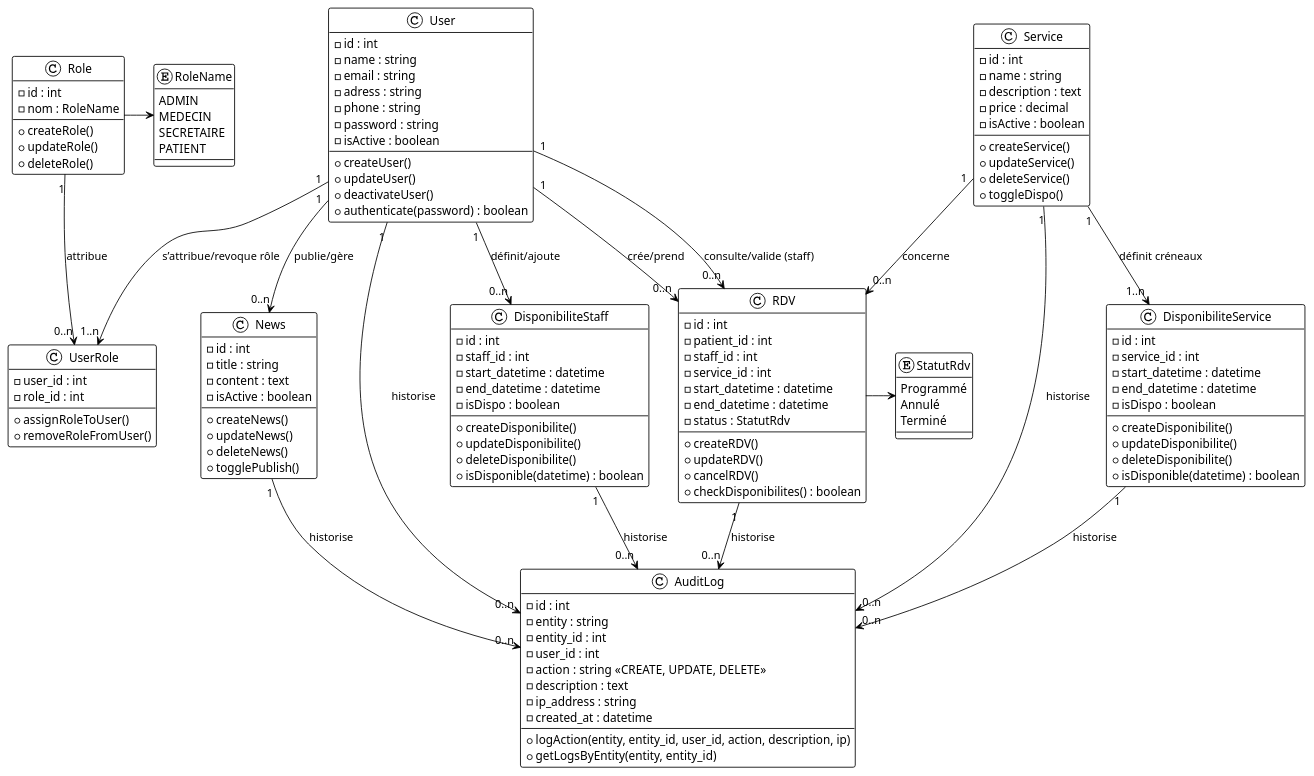
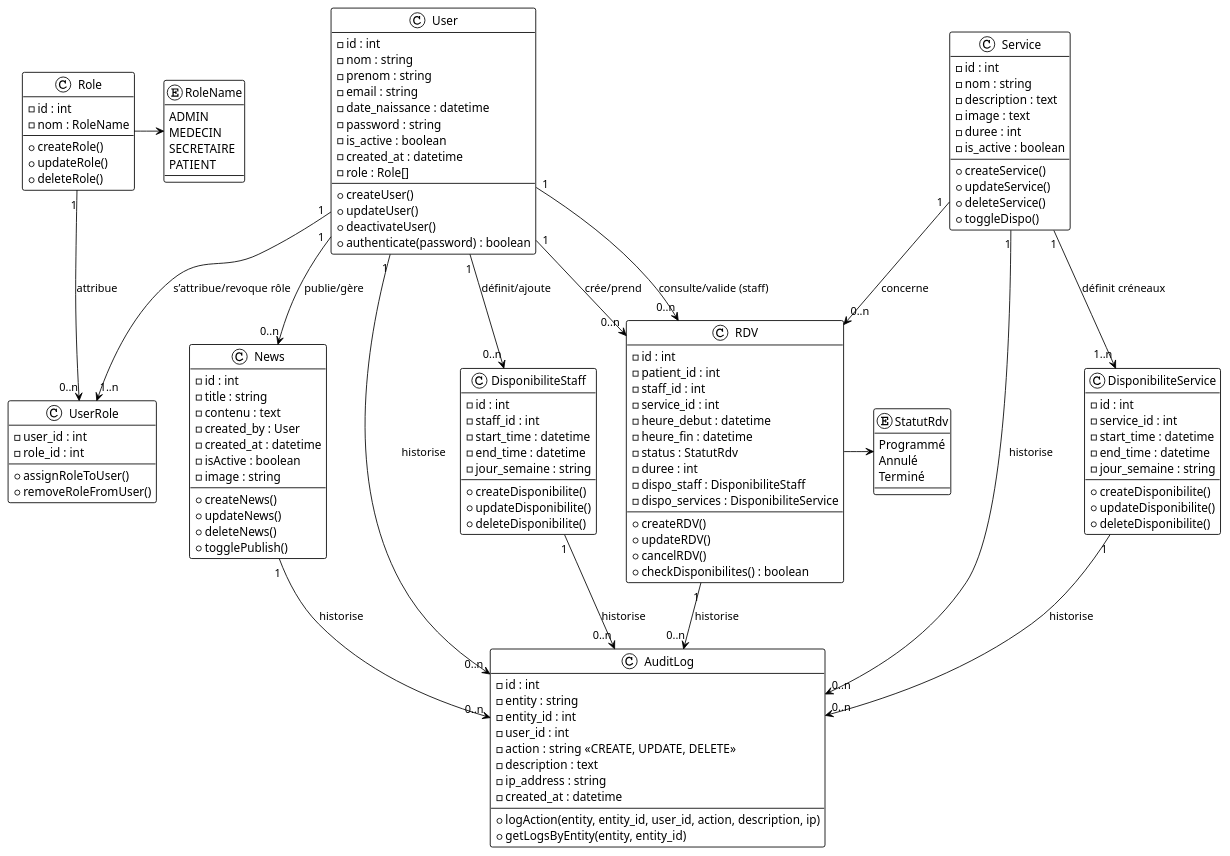
Before and after one commit to baptistev59/DoctoLight: the diagram in UML/class.puml, drawn with PlantUML. The commit also changed 4 other files, not shown here.

```diff
--- a/UML/class.puml
+++ b/UML/class.puml
@@ -1,171 +1,179 @@
 @startuml DoctoLight
 !theme plain
 
 ' ===========================
 ' Classes principales
 ' ===========================
 ' ===========================
 ' Utilisateurs
 ' ===========================
 class User {
   -id : int
-  -name : string
+  -nom : string
+  -prenom : string
   -email : string
-  -adress : string
-  -phone : string
+  -date_naissance : datetime
   -password : string
-  -isActive : boolean
+  -is_active : boolean
+  -created_at : datetime
+  -role : Role[]
 
   +createUser()
   +updateUser()
   +deactivateUser()
   +authenticate(password) : boolean
 }
 
 class Role {
   -id : int
   -nom : RoleName
 
   +createRole()
   +updateRole()
   +deleteRole()
 }
 
 enum RoleName {
   ADMIN
   MEDECIN
   SECRETAIRE
   PATIENT
 }
 
 class UserRole {
   -user_id : int
   -role_id : int
 
   +assignRoleToUser()
   +removeRoleFromUser()
 }
 ' ===========================
 ' Services
 ' ===========================
 class Service {
   -id : int
-  -name : string
+  -nom : string
   -description : text
-  -price : decimal
-  -isActive : boolean
+  -image : text
+  -duree : int
+  -is_active : boolean
 
   +createService()
   +updateService()
   +deleteService()
   +toggleDispo()
 }
 ' ===========================
 ' Disponibilités
 ' ===========================
 class DisponibiliteStaff {
   -id : int
   -staff_id : int
-  -start_datetime : datetime
-  -end_datetime : datetime
-  -isDispo : boolean
+  -start_time : datetime
+  -end_time : datetime
+  -jour_semaine : string
+
 
   +createDisponibilite()
   +updateDisponibilite()
   +deleteDisponibilite()
-  +isDisponible(datetime) : boolean
 }
 
 class DisponibiliteService {
   -id : int
   -service_id : int
-  -start_datetime : datetime
-  -end_datetime : datetime
-  -isDispo : boolean
+  -start_time : datetime
+  -end_time : datetime
+  -jour_semaine : string
 
   +createDisponibilite()
   +updateDisponibilite()
   +deleteDisponibilite()
-  +isDisponible(datetime) : boolean
 }
 ' ===========================
 ' Rendez-vous
 ' ===========================
 class RDV {
   -id : int
   -patient_id : int
   -staff_id : int
   -service_id : int
-  -start_datetime : datetime
-  -end_datetime : datetime
+  -heure_debut : datetime
+  -heure_fin : datetime
   -status : StatutRdv
+  -duree : int
+  -dispo_staff : DisponibiliteStaff
+  -dispo_services : DisponibiliteService
 
   +createRDV()
   +updateRDV()
   +cancelRDV()
   +checkDisponibilites() : boolean
 }
 
 enum StatutRdv {
   Programmé
   Annulé
   Terminé
 }
 ' ===========================
 ' Actualités
 ' ===========================
 class News {
   -id : int
   -title : string
-  -content : text
+  -contenu : text
+  -created_by : User
+  -created_at : datetime
   -isActive : boolean
+  -image : string
 
   +createNews()
   +updateNews()
   +deleteNews()
   +togglePublish()
 }
 
 ' ===========================
 ' Audit Log générique
 ' ===========================
 class AuditLog {
   -id : int
   -entity : string
   -entity_id : int
   -user_id : int
   -action : string <<CREATE, UPDATE, DELETE>>
   -description : text
   -ip_address : string
   -created_at : datetime
 
   +logAction(entity, entity_id, user_id, action, description, ip)
   +getLogsByEntity(entity, entity_id)
 }
 
 ' ===========================
 ' Relations
 ' ===========================
 User "1" --> "0..n" RDV : crée/prend
 User "1" --> "0..n" RDV : consulte/valide (staff)
 User "1" --> "0..n" DisponibiliteStaff : définit/ajoute
 User "1" --> "1..n" UserRole : s’attribue/revoque rôle
 User "1" --> "0..n" News : publie/gère
 User "1" --> "0..n" AuditLog : historise
 
 Service "1" --> "0..n" RDV : concerne
 Service "1" --> "1..n" DisponibiliteService :définit créneaux
 Service "1" --> "0..n" AuditLog : historise
 
 News "1" --> "0..n" AuditLog : historise
 
 Role "1" --> "0..n" UserRole :attribue
 Role -> RoleName
 
 RDV "1" --> "0..n" AuditLog : historise
 RDV -> StatutRdv
 
 DisponibiliteStaff "1" --> "0..n" AuditLog : historise
 DisponibiliteService "1" --> "0..n" AuditLog :historise
 
 @enduml
```
